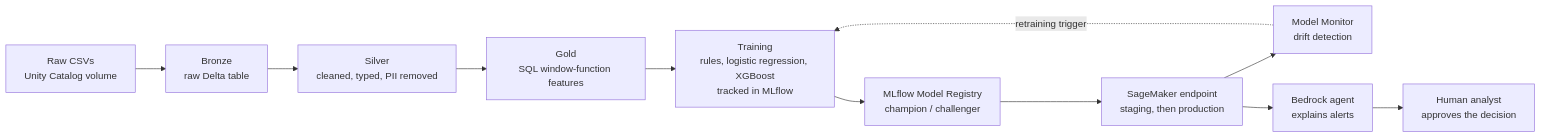
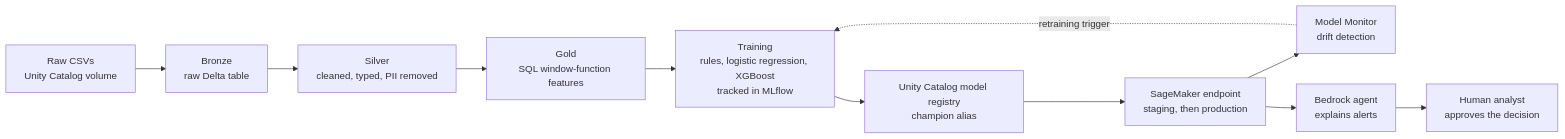
One commit to ManaramGnanasekera/fraud-detection-mlops changed the diagram in README.md. Above: the diagram before and after it, drawn with Mermaid. The commit also changed other lines of this file, not shown here.

````diff
--- a/README.md
+++ b/README.md
@@ -17,13 +29,13 @@
 ```mermaid
 flowchart LR
     A[Raw CSVs<br/>Unity Catalog volume] --> B[Bronze<br/>raw Delta table]
     B --> C[Silver<br/>cleaned, typed, PII removed]
     C --> D[Gold<br/>SQL window-function features]
     D --> E[Training<br/>rules, logistic regression, XGBoost<br/>tracked in MLflow]
-    E --> F[MLflow Model Registry<br/>champion / challenger]
+    E --> F[Unity Catalog model registry<br/>champion alias]
     F --> G[SageMaker endpoint<br/>staging, then production]
     G --> H[Model Monitor<br/>drift detection]
     G --> I[Bedrock agent<br/>explains alerts]
     I --> J[Human analyst<br/>approves the decision]
     H -. retraining trigger .-> E
 ```
````
